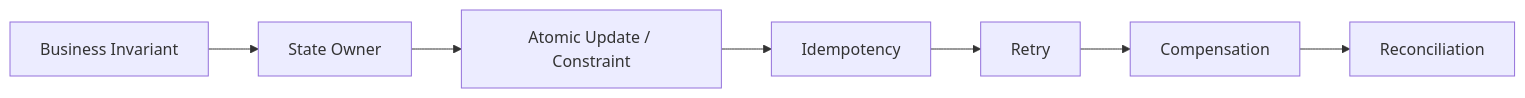
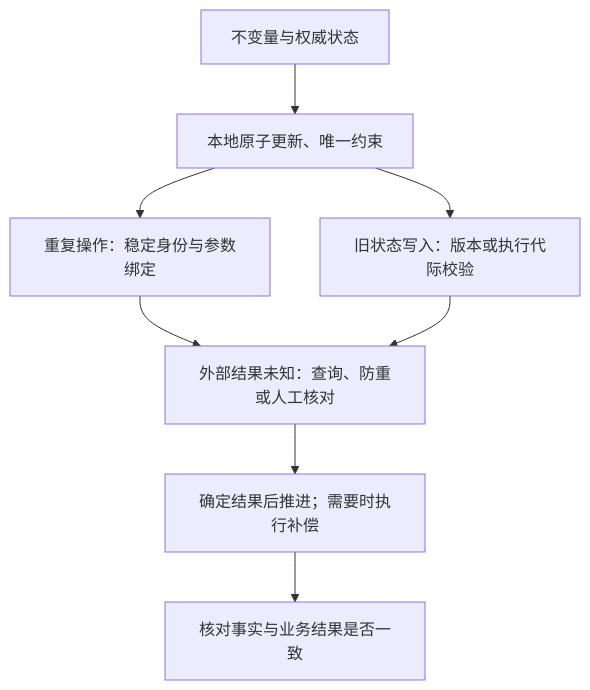
The fourth of 6 diagrams in curriculum/10-system-design/review/README.md (studyzhige-ui/ai-application-interview-handbook), drawn with Mermaid before and after one commit. The commit also changed other lines of this file and 33 other files, not shown here.

````diff
--- a/curriculum/10-system-design/review/README.md
+++ b/curriculum/10-system-design/review/README.md
@@ -68,9 +54,10 @@
 ```mermaid
-flowchart LR
-    A["Business Invariant"] --> B["State Owner"]
-    B --> C["Atomic Update / Constraint"]
-    C --> D["Idempotency"]
-    D --> E["Retry"]
-    E --> F["Compensation"]
-    F --> G["Reconciliation"]
+flowchart TD
+    A["不变量与权威状态"] --> B["本地原子更新、唯一约束"]
+    B --> C["重复操作：稳定身份与参数绑定"]
+    B --> D["旧状态写入：版本或执行代际校验"]
+    C --> E["外部结果未知：查询、防重或人工核对"]
+    D --> E
+    E --> F["确定结果后推进；需要时执行补偿"]
+    F --> G["核对事实与业务结果是否一致"]
 ```
````
